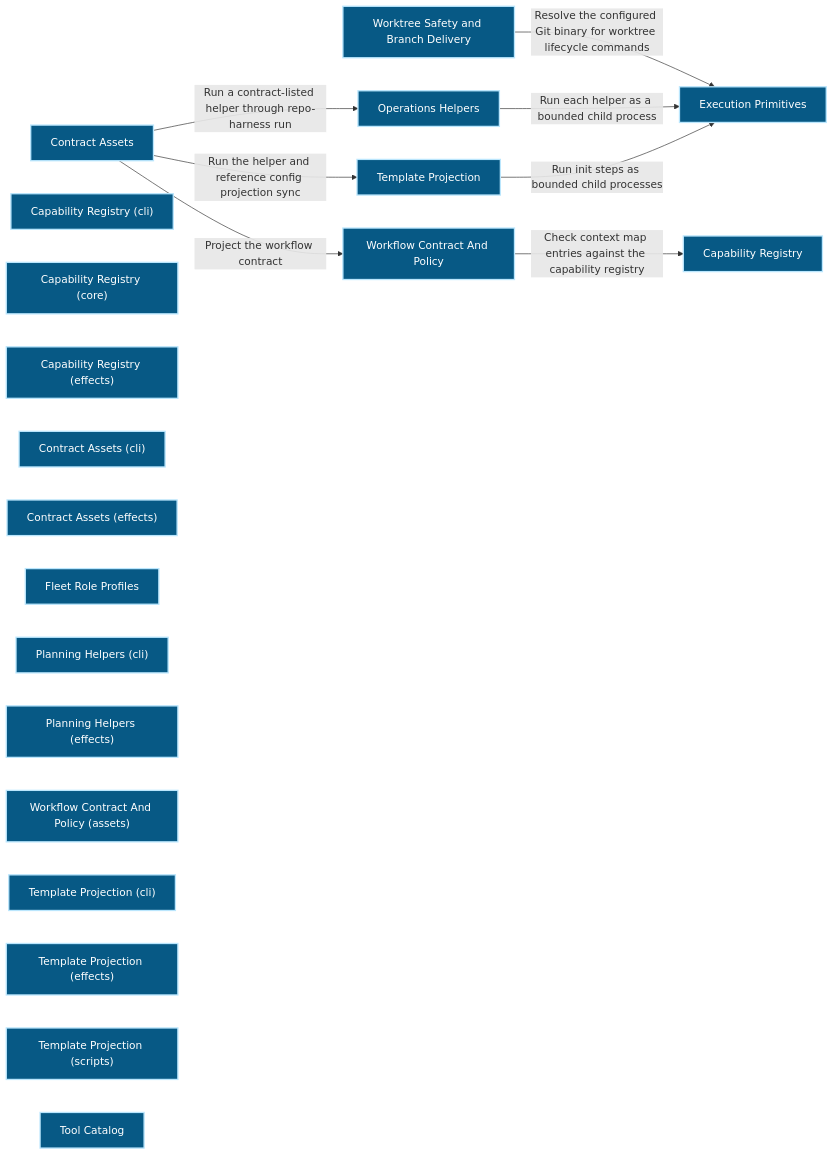
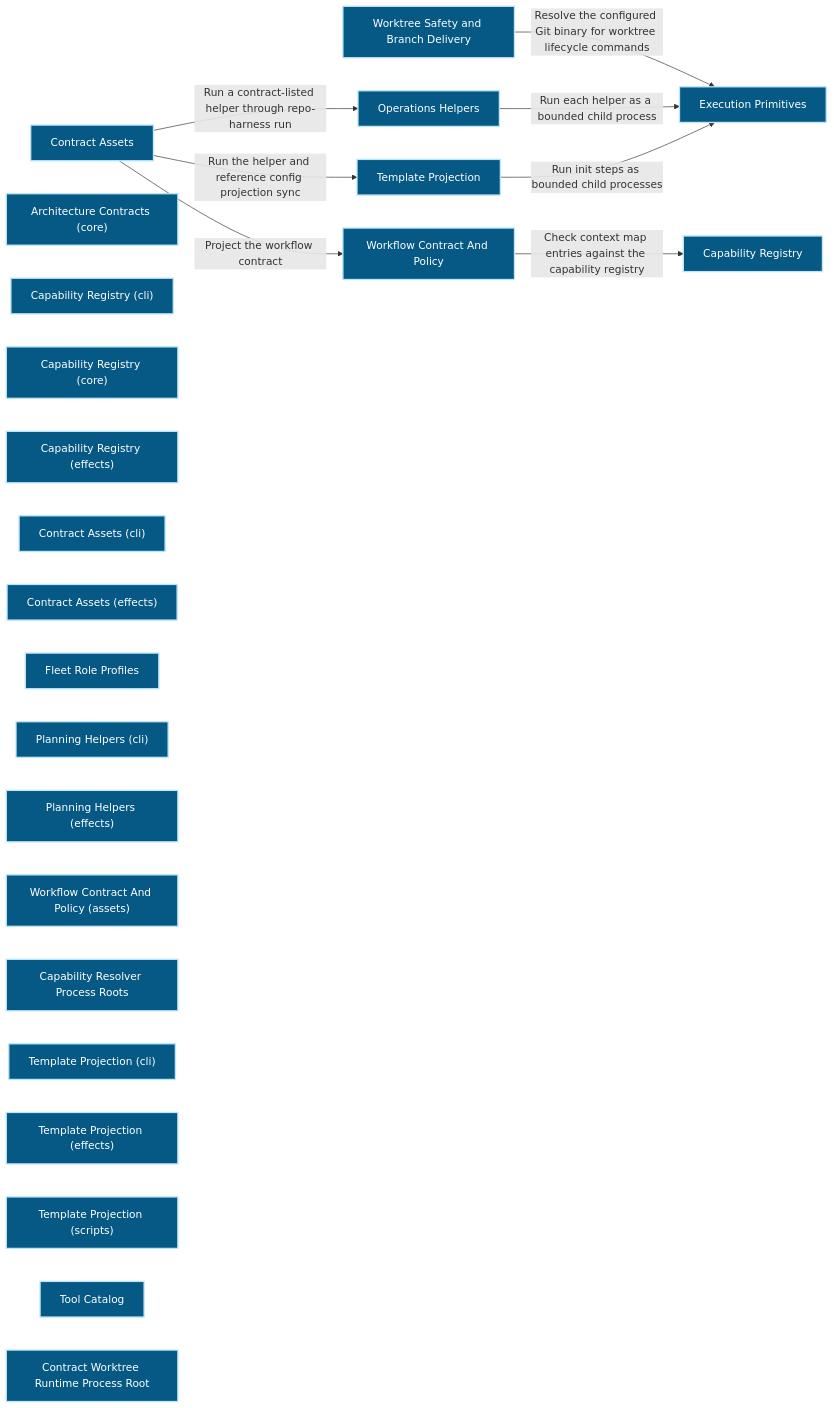
The first of 2 diagrams in docs/architecture/modules/workflow-engine/contract-assets.md (Ancienttwo/repo-harness), drawn with Mermaid before and after one commit. The commit also changed other lines of this file and 14 other files, not shown here.

First line of the commit message:
chore(projection): refresh generated architecture outputs for main@ccdc0587af67

````diff
--- a/docs/architecture/modules/workflow-engine/contract-assets.md
+++ b/docs/architecture/modules/workflow-engine/contract-assets.md
@@ -15,34 +15,37 @@
 ```mermaid
 flowchart LR
   p1_capability_workflow_engine_contract_assets_c7ab122d["Contract Assets"]:::component
   p1_capability_workflow_engine_execution_primitives_b3033934["Execution Primitives"]:::component
+  p1_component_contract_assets_architecture_contracts_06002ce4["Architecture Contracts (core)"]:::component
   p1_component_contract_assets_capability_registry_87c3dd18["Capability Registry"]:::component
   p1_component_contract_assets_capability_registry_cli_2b3df796["Capability Registry (cli)"]:::component
   p1_component_contract_assets_capability_registry_core_31561a08["Capability Registry (core)"]:::component
   p1_component_contract_assets_capability_registry_effects_691a8423["Capability Registry (effects)"]:::component
   p1_component_contract_assets_cli_layer_90bb6fa4["Contract Assets (cli)"]:::component
   p1_component_contract_assets_contract_worktree_lifecycle_5cb413df["Worktree Safety and Branch Delivery"]:::component
   p1_component_contract_assets_effects_layer_03f9e65c["Contract Assets (effects)"]:::component
   p1_component_contract_assets_fleet_role_profiles_27f88d3d["Fleet Role Profiles"]:::component
   p1_component_contract_assets_planning_helpers_7600c3e5["Operations Helpers"]:::component
   p1_component_contract_assets_planning_helpers_cli_8bc2bdf7["Planning Helpers (cli)"]:::component
   p1_component_contract_assets_planning_helpers_effects_57f98a5d["Planning Helpers (effects)"]:::component
   p1_component_contract_assets_primary_21097608["Workflow Contract And Policy"]:::component
   p1_component_contract_assets_primary_assets_2781b8e0["Workflow Contract And Policy (assets)"]:::component
+  p1_component_contract_assets_resolver_root_0cc105e2["Capability Resolver Process Roots"]:::component
   p1_component_contract_assets_template_projection_e6aa176d["Template Projection"]:::component
   p1_component_contract_assets_template_projection_cli_568c10ed["Template Projection (cli)"]:::component
   p1_component_contract_assets_template_projection_effects_b7613afa["Template Projection (effects)"]:::component
   p1_component_contract_assets_template_projection_scripts_e75fee1f["Template Projection (scripts)"]:::component
   p1_component_contract_assets_tool_catalog_e1042e03["Tool Catalog"]:::component
+  p1_component_contract_assets_worktree_runtime_root_c8392daf["Contract Worktree Runtime Process Root"]:::component
   p1_component_contract_assets_contract_worktree_lifecycle_5cb413df -->|"Resolve the configured Git binary for worktree lifecycle commands"| p1_capability_workflow_engine_execution_primitives_b3033934
   p1_capability_workflow_engine_contract_assets_c7ab122d -->|"Run a contract-listed helper through repo-harness run"| p1_component_contract_assets_planning_helpers_7600c3e5
   p1_component_contract_assets_planning_helpers_7600c3e5 -->|"Run each helper as a bounded child process"| p1_capability_workflow_engine_execution_primitives_b3033934
   p1_capability_workflow_engine_contract_assets_c7ab122d -->|"Project the workflow contract"| p1_component_contract_assets_primary_21097608
   p1_component_contract_assets_primary_21097608 -->|"Check context map entries against the capability registry"| p1_component_contract_assets_capability_registry_87c3dd18
   p1_capability_workflow_engine_contract_assets_c7ab122d -->|"Run the helper and reference config projection sync"| p1_component_contract_assets_template_projection_e6aa176d
   p1_component_contract_assets_template_projection_e6aa176d -->|"Run init steps as bounded child processes"| p1_capability_workflow_engine_execution_primitives_b3033934
   classDef actor fill:#111827,color:#ffffff,stroke:#f9fafb,stroke-width:2px
   classDef component fill:#075985,color:#ffffff,stroke:#bae6fd,stroke-width:2px
   classDef datastore fill:#3f6212,color:#ffffff,stroke:#d9f99d,stroke-width:2px
   classDef external fill:#7c2d12,color:#ffffff,stroke:#fed7aa,stroke-width:2px
 ```
````
